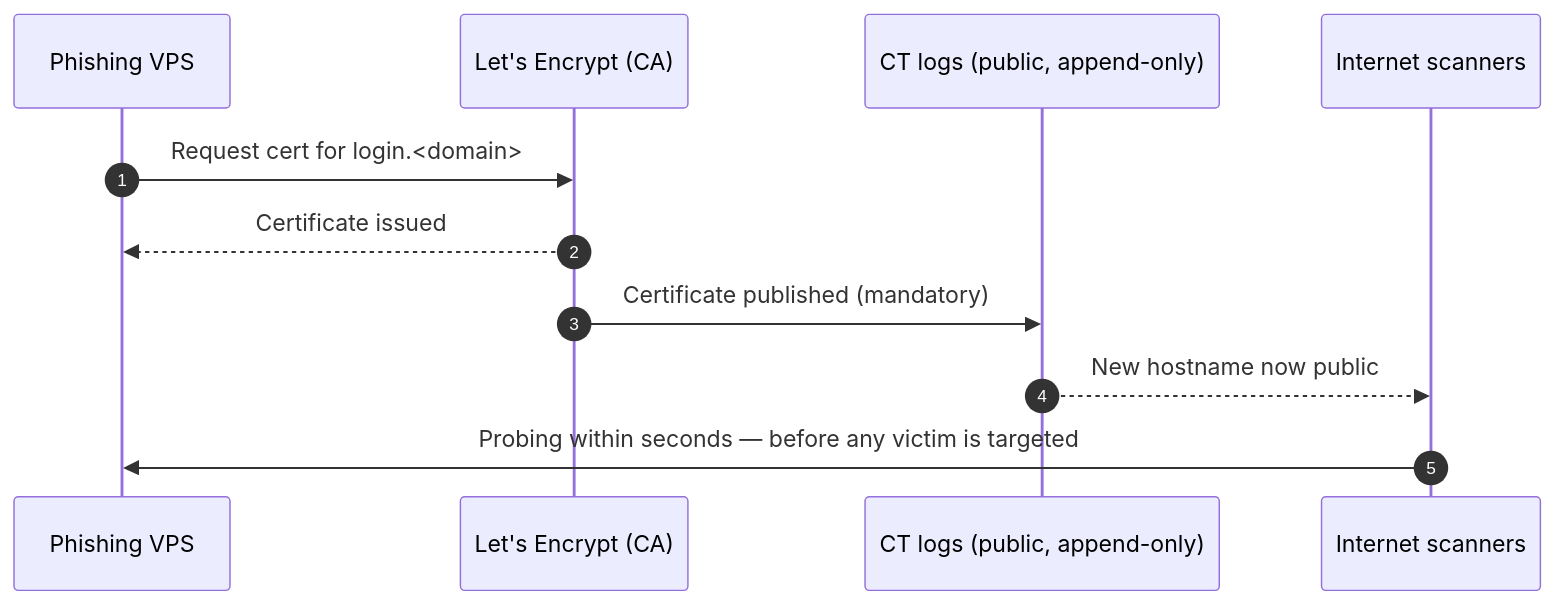
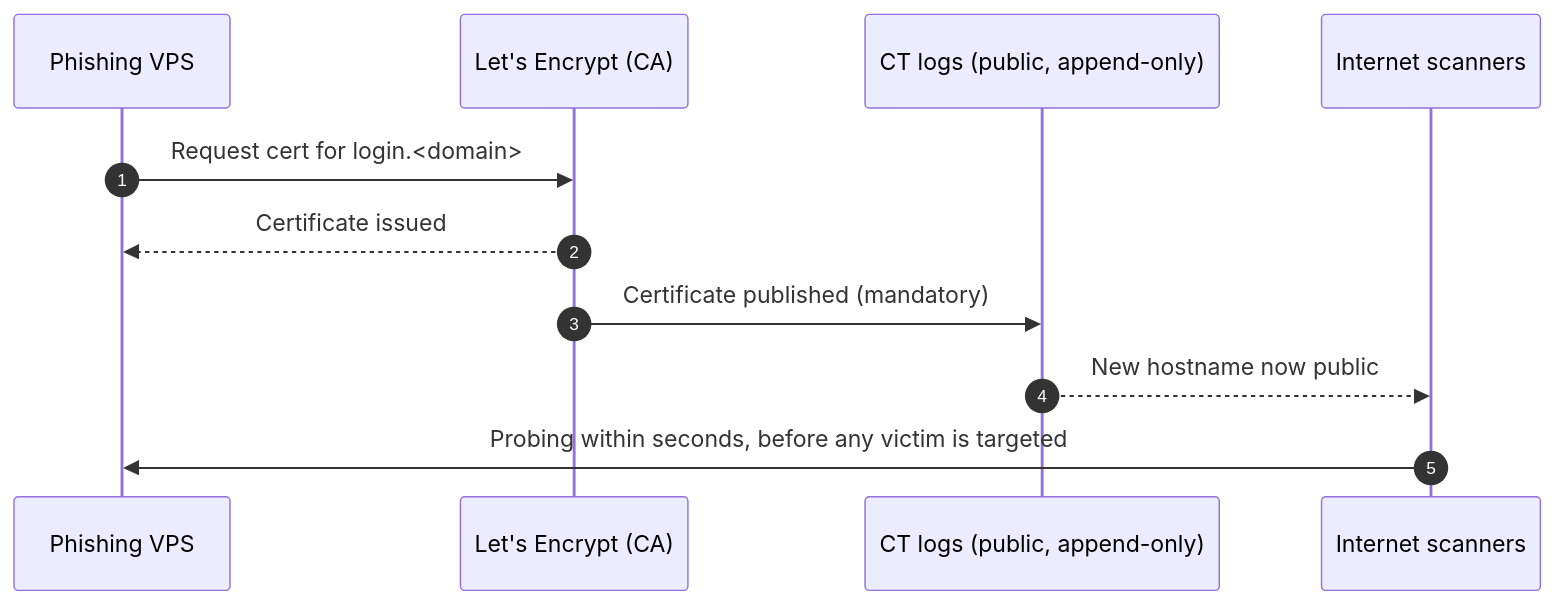
One commit to braad0/mfa-is-not-enough changed the second of 2 diagrams in README.md. Above: the diagram before and after it, drawn with Mermaid. The commit also changed other lines of this file, not shown here.

````diff
--- a/README.md
+++ b/README.md
@@ -177,13 +195,13 @@
 ```mermaid
 sequenceDiagram
     autonumber
     participant E as Phishing VPS
     participant LE as Let's Encrypt (CA)
     participant CT as CT logs (public, append-only)
     participant S as Internet scanners
     E->>LE: Request cert for login.<domain>
     LE-->>E: Certificate issued
     LE->>CT: Certificate published (mandatory)
     CT-->>S: New hostname now public
-    S->>E: Probing within seconds — before any victim is targeted
+    S->>E: Probing within seconds, before any victim is targeted
 ```
````
